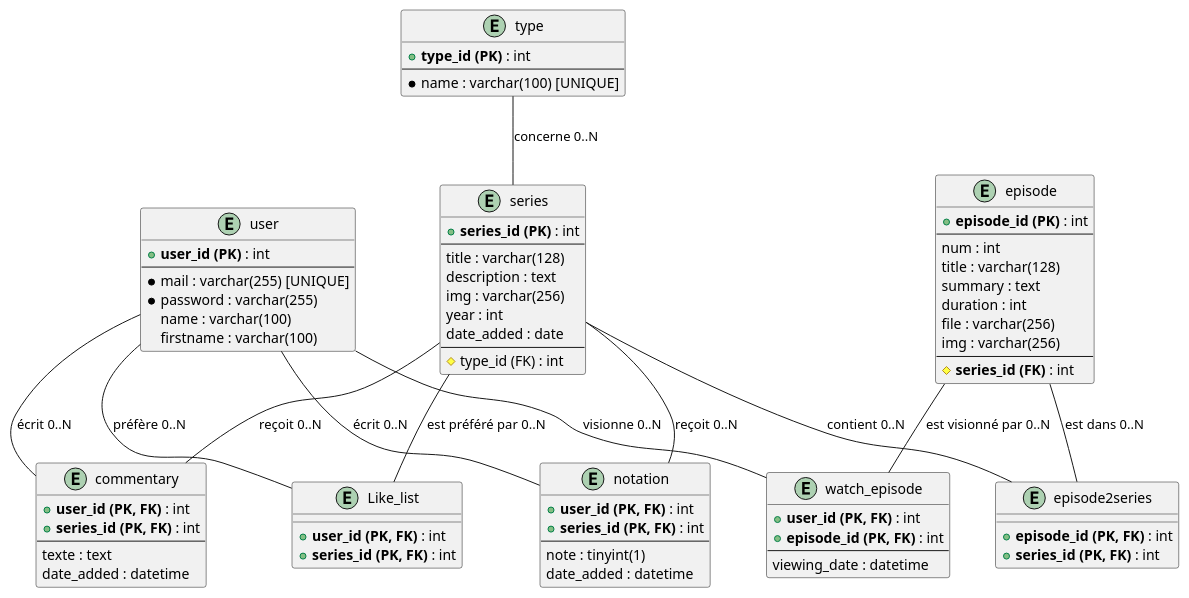
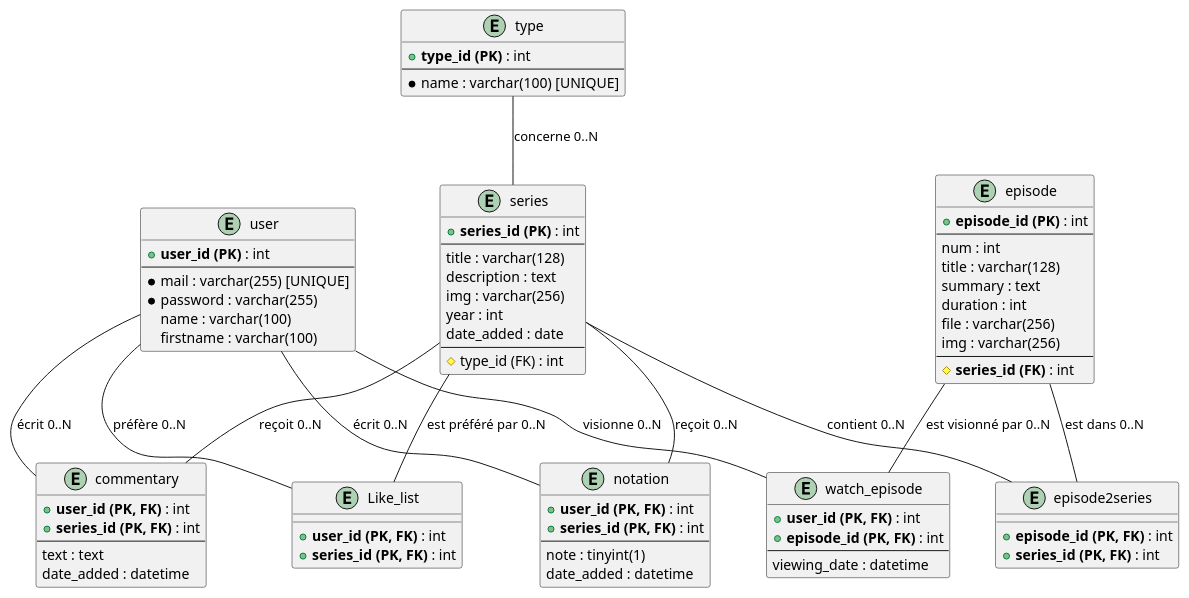
One commit to Adri1-13/OnlyFilms changed the diagram in sql/UMLbd.puml. Above: the diagram before and after it, drawn with PlantUML.

Commit message:
puml fini

```diff
--- a/sql/UMLbd.puml
+++ b/sql/UMLbd.puml
@@ -1,101 +1,101 @@
 @startuml
 
 ' Définition des tables
 
 entity "user" as User {
   + **user_id (PK)** : int
   --
   * mail : varchar(255) [UNIQUE]
   * password : varchar(255)
   name : varchar(100)
   firstname : varchar(100)
 }
 
 entity "series" as Series {
   + **series_id (PK)** : int
   --
   title : varchar(128)
   description : text
   img : varchar(256)
   year : int
   date_added : date
   --
   # type_id (FK) : int
 }
 
 entity "episode" as Episode {
   + **episode_id (PK)** : int
   --
   num : int
   title : varchar(128)
   summary : text
   duration : int
   file : varchar(256)
   img : varchar(256)
   --
   # **series_id (FK)** : int
 }
 
 entity "type" as Type {
   + **type_id (PK)** : int
   --
   * name : varchar(100) [UNIQUE]
 }
 
 ' Tables d'association
 
 entity "commentary" as Commentary {
   + **user_id (PK, FK)** : int
   + **series_id (PK, FK)** : int
   --
-  texte : text
+  text : text
   date_added : datetime
 }
 
 entity "notation" as Notation {
   + **user_id (PK, FK)** : int
   + **series_id (PK, FK)** : int
   --
   note : tinyint(1)
   date_added : datetime
 }
 
 entity "episode2series" as Episode2Series {
   + **episode_id (PK, FK)** : int
   + **series_id (PK, FK)** : int
 }
 
 entity "Like_list" as LikeList {
   + **user_id (PK, FK)** : int
   + **series_id (PK, FK)** : int
 }
 
 entity "watch_episode" as WatchEpisode {
   + **user_id (PK, FK)** : int
   + **episode_id (PK, FK)** : int
   --
   viewing_date : datetime
 }
 
 
 ' Définition des relations
 Type -- Series : "concerne 0..N"
 
 
 ' Tables de liaison
 User -- Commentary : "écrit 0..N"
 Series -- Commentary : "reçoit 0..N"
 
 User -- Notation : "écrit 0..N"
 Series -- Notation : "reçoit 0..N"
 
 User -- LikeList : "préfère 0..N"
 Series -- LikeList : "est préféré par 0..N"
 
 User -- WatchEpisode : "visionne 0..N"
 Episode -- WatchEpisode : "est visionné par 0..N"
 
 Series -- Episode2Series : "contient 0..N"
 Episode -- Episode2Series : "est dans 0..N"
 
 @enduml
```
